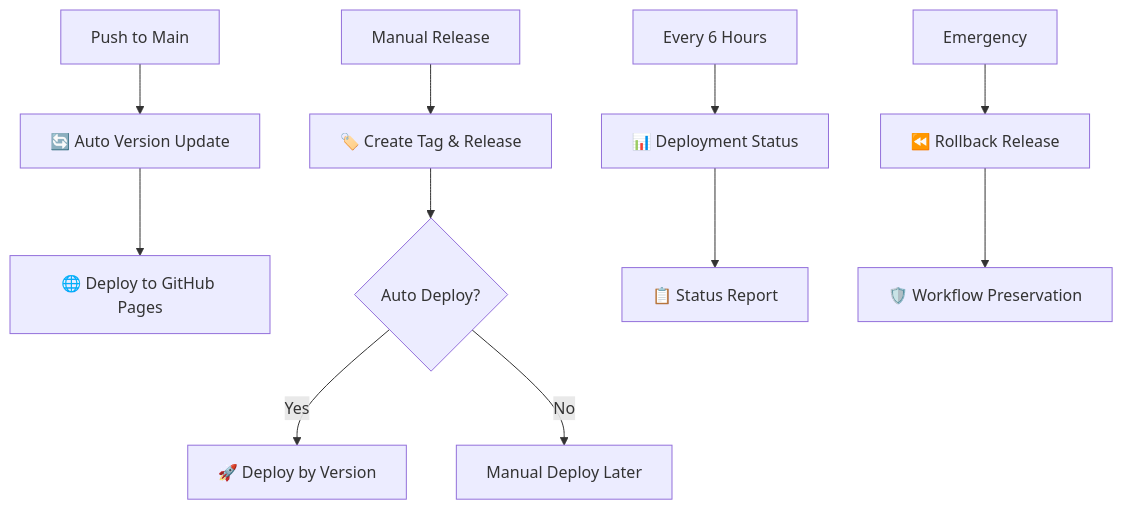
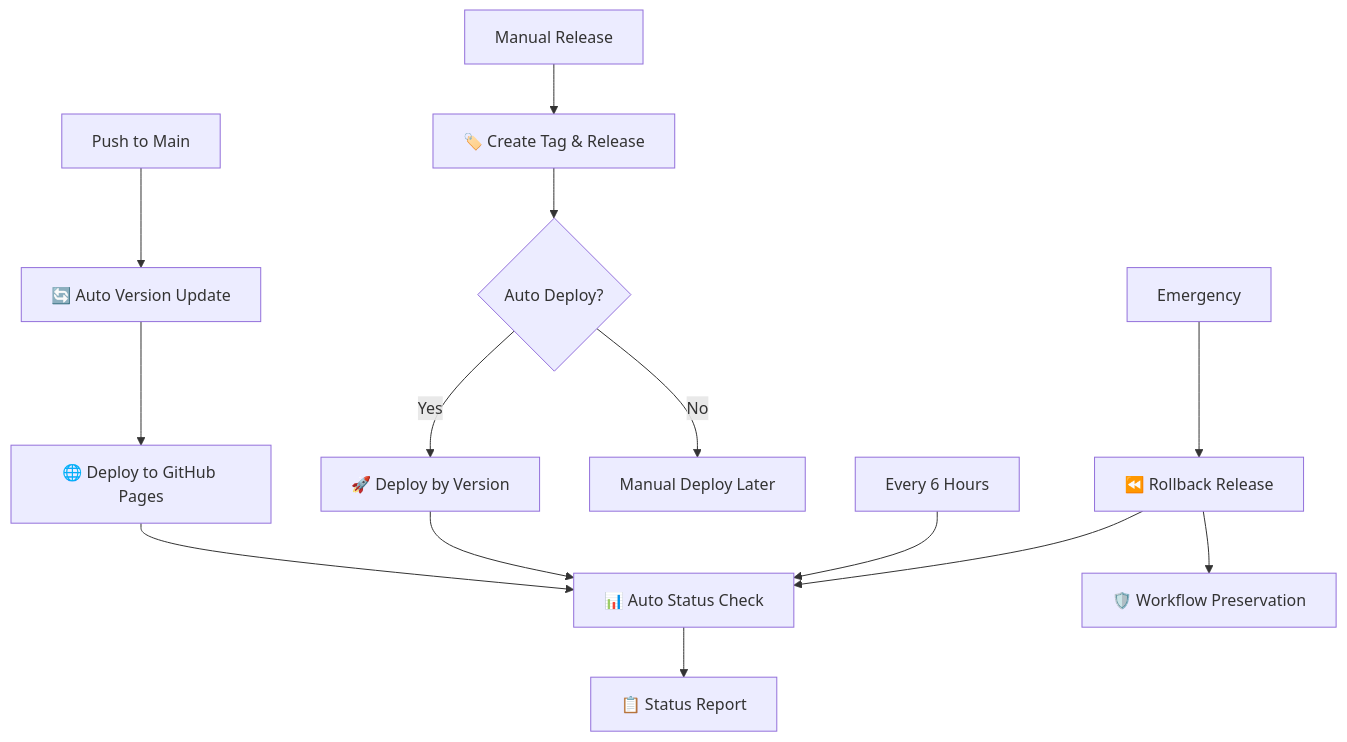
One commit to dhruvinrsoni/cipher-alchemist changed the diagram in DEVELOPMENT.md. Above: the diagram before and after it, drawn with Mermaid. The commit also changed other lines of this file and 6 other files, not shown here.

````diff
--- a/DEVELOPMENT.md
+++ b/DEVELOPMENT.md
@@ -466,16 +466,20 @@
 ```mermaid
 graph TD
     A[Push to Main] --> B[🔄 Auto Version Update]
     B --> C[🌐 Deploy to GitHub Pages]
     
     D[Manual Release] --> E[🏷️ Create Tag & Release]
     E --> F{Auto Deploy?}
     F -->|Yes| G[🚀 Deploy by Version]
     F -->|No| H[Manual Deploy Later]
     
-    I[Every 6 Hours] --> J[📊 Deployment Status]
+    G --> J[📊 Auto Status Check]
+    C --> J
+    
+    I[Every 6 Hours] --> J
     J --> K[📋 Status Report]
     
     L[Emergency] --> M[⏪ Rollback Release]
+    M --> J
     M --> N[🛡️ Workflow Preservation]
 ```
````
